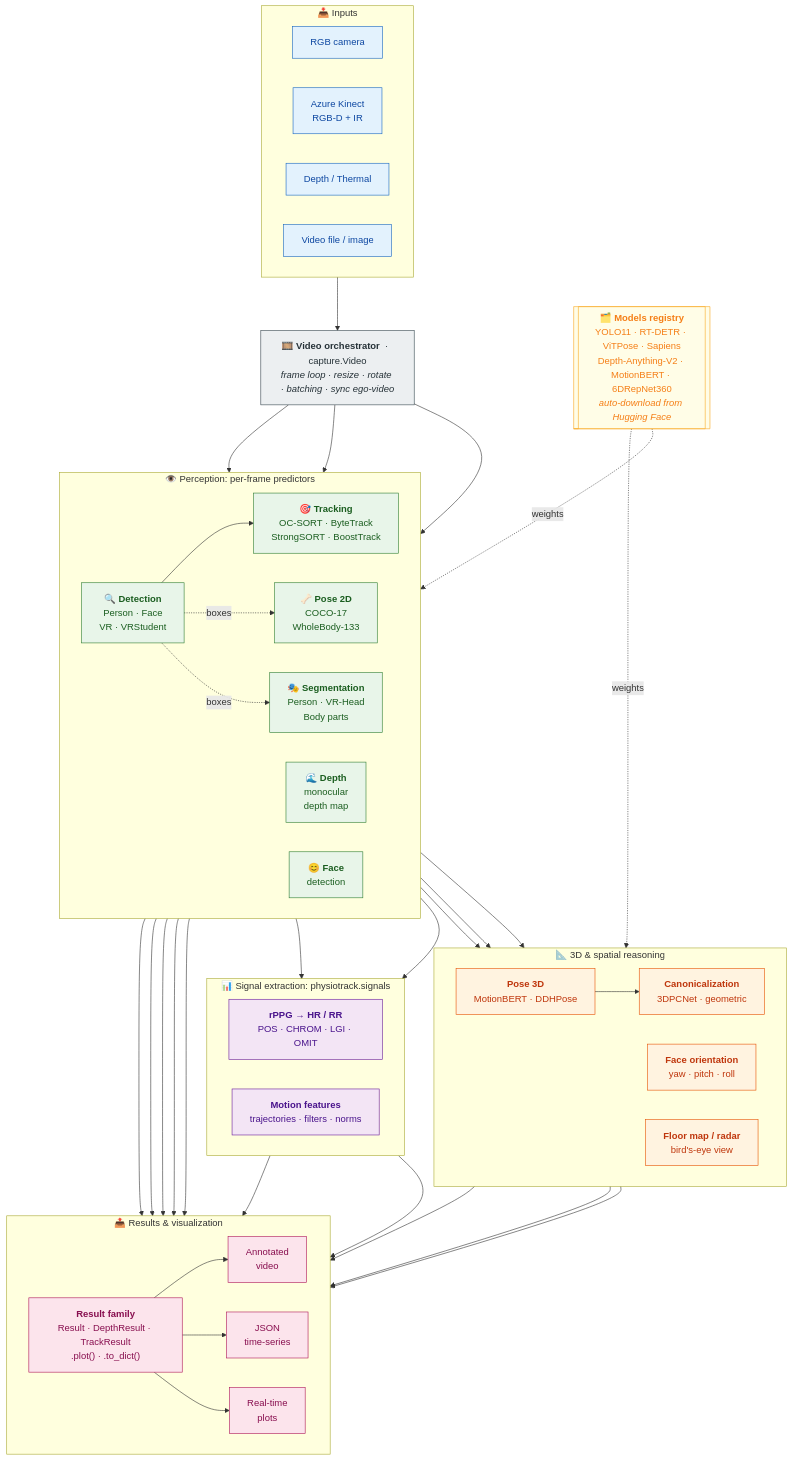
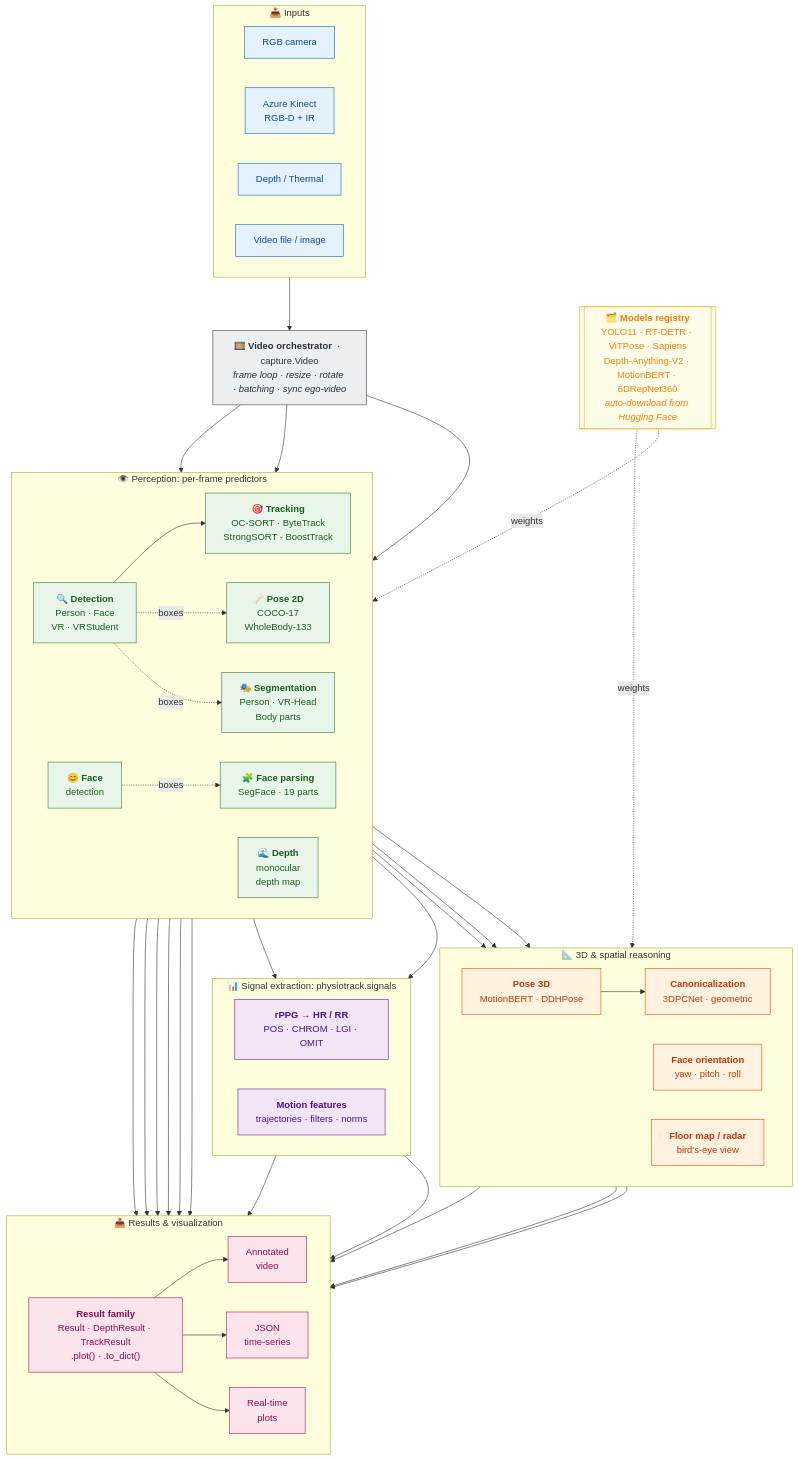
One commit to Arritmic/physiotrack changed the diagram in README.md. Above: the diagram before and after it, drawn with Mermaid. The commit also changed other lines of this file and 11 other files, not shown here.

```diff
--- a/README.md
+++ b/README.md
@@ -95,6 +95,7 @@
         SEG["🎭 <b>Segmentation</b><br/>Person · VR-Head<br/>Body parts"]
         DEP["🌊 <b>Depth</b><br/>monocular<br/>depth map"]
         FDET["😊 <b>Face</b><br/>detection"]
+        FSEG["🧩 <b>Face parsing</b><br/>SegFace · 19 parts"]
     end
 
     %% ------------- 3D & spatial reasoning -------------
@@ -136,6 +137,7 @@
 
     POSE --> P3D --> CAN
     FDET --> FORI
+    FDET -.boxes.-> FSEG
     TRK --> RAD
 
     POSE --> MOT
@@ -146,6 +148,7 @@
     POSE --> RES
     SEG --> RES
     DEP --> RES
+    FSEG --> RES
     P3D --> RES
     FORI --> RES
     RAD --> RES
@@ -168,7 +171,7 @@
     classDef reg    fill:#fffde7,stroke:#f9a825,color:#f57f17;
 
     class I1,I2,I3,I4 input;
-    class DET,TRK,POSE,SEG,DEP,FDET perc;
+    class DET,TRK,POSE,SEG,DEP,FDET,FSEG perc;
     class P3D,CAN,FORI,RAD spat;
     class PPG,MOT sig;
     class RES,VID,JSON,RTP out;
```
